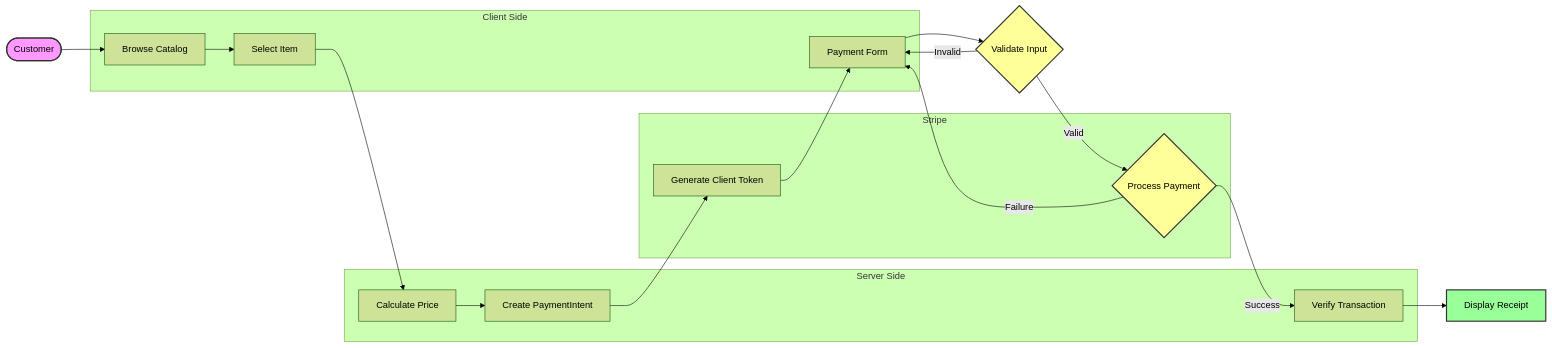
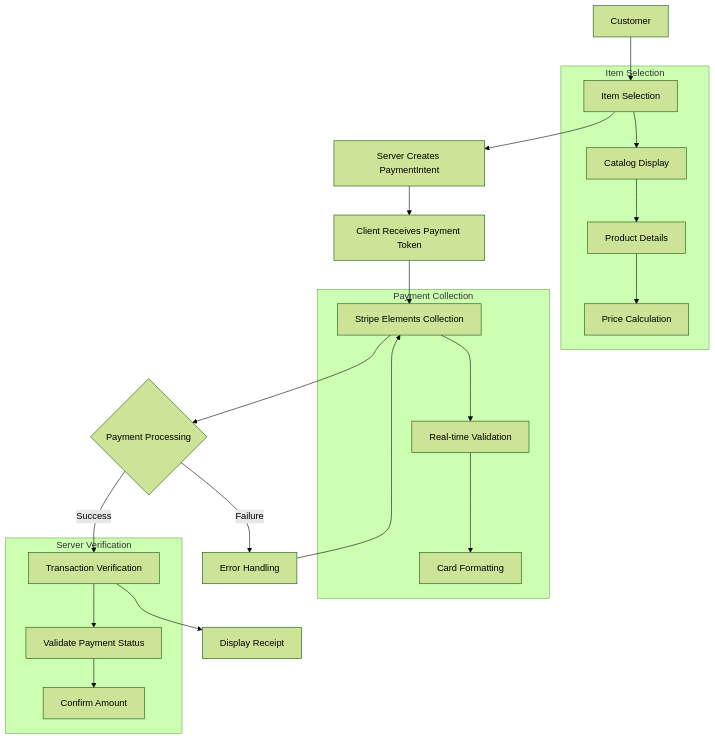
Before and after one commit to therealkevops/sa-thp-solution: the diagram in README.md, drawn with Mermaid (forest theme).

Commit message:
minor edits

````diff
--- a/README.md
+++ b/README.md
@@ -65,42 +65,28 @@
 ```mermaid
-flowchart LR
-    %% Main flow nodes
-    Start([Customer]) --> Cat[Browse Catalog]
-    Cat --> Select[Select Item]
-    Select --> Price[Calculate Price]
-    Price --> Intent[Create PaymentIntent]
-    Intent --> Token[Generate Client Token]
-    Token --> Payment[Payment Form]
-    Payment --> Validate{Validate Input}
-    Validate -->|Valid| Process{Process Payment}
-    Validate -->|Invalid| Payment
-    Process -->|Success| Verify[Verify Transaction]
-    Process -->|Failure| Payment
-    Verify --> Receipt[Display Receipt]
-
-    %% Styling
-    style Start fill:#f9f,stroke:#333,stroke-width:2px
-    style Process fill:#ff9,stroke:#333,stroke-width:2px
-    style Receipt fill:#9f9,stroke:#333,stroke-width:2px
-    style Validate fill:#ff9,stroke:#333,stroke-width:2px
-
-    %% Subgraph for client-side operations
-    subgraph "Client Side"
-        Cat
-        Select
-        Payment
+flowchart TB
+    A[Customer] --> B[Item Selection]
+    B --> C[Server Creates PaymentIntent]
+    C --> D[Client Receives Payment Token]
+    D --> E[Stripe Elements Collection]
+    E --> F{Payment Processing}
+    F -->|Success| G[Transaction Verification]
+    G --> H[Display Receipt]
+    F -->|Failure| I[Error Handling]
+    I --> E
+    
+    subgraph "Item Selection"
+    B --> B1[Catalog Display]
+    B1 --> B2[Product Details]
+    B2 --> B3[Price Calculation]
     end
-
-    %% Subgraph for server-side operations
-    subgraph "Server Side"
-        Price
-        Intent
-        Verify
+    
+    subgraph "Payment Collection"
+    E --> E1[Real-time Validation]
+    E1 --> E2[Card Formatting]
     end
-
-    %% Subgraph for Stripe operations
-    subgraph "Stripe"
-        Token
-        Process
+    
+    subgraph "Server Verification"
+    G --> G1[Validate Payment Status]
+    G1 --> G2[Confirm Amount]
     end
 ```
````
